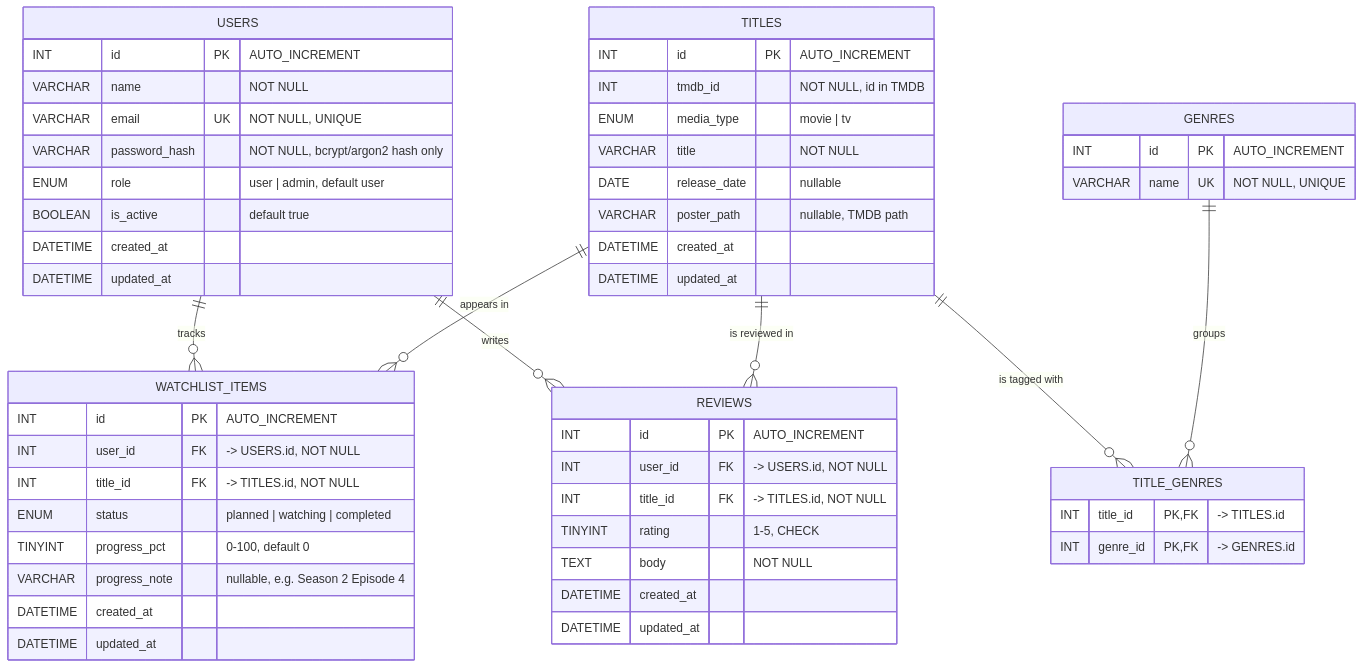
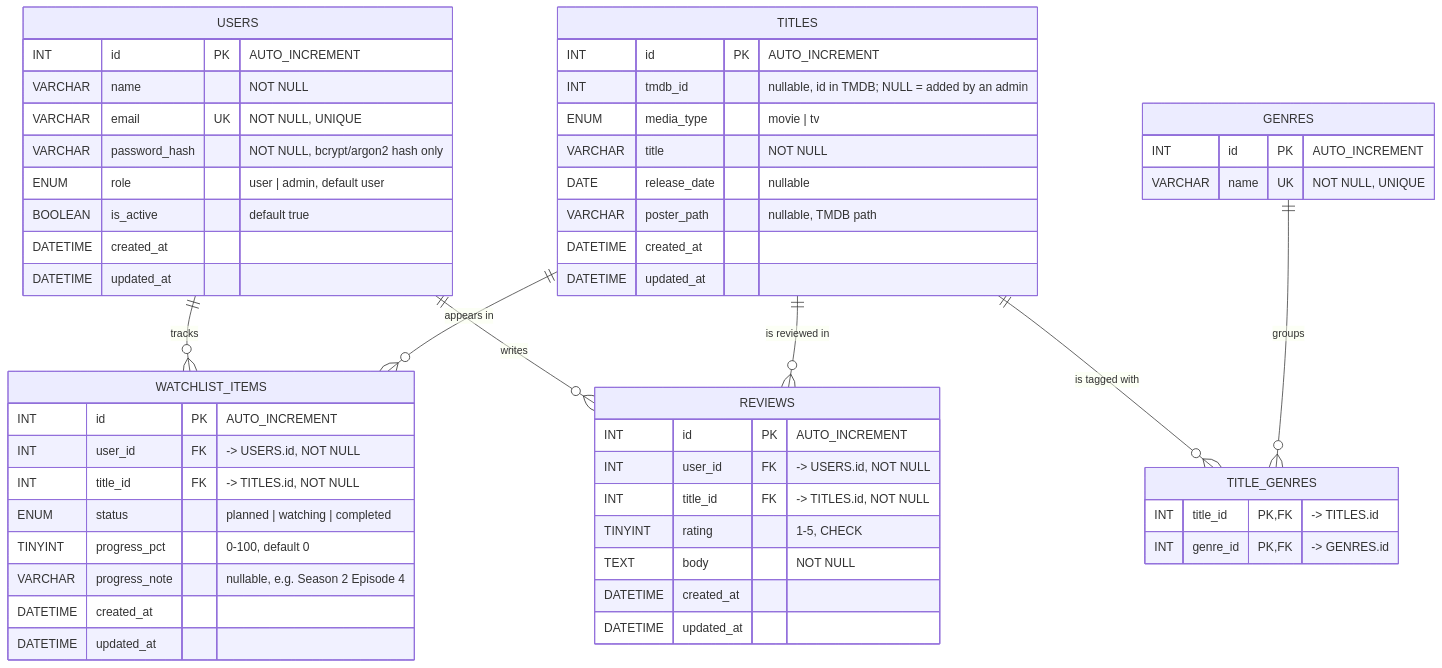
Before and after one commit to adnanhadzic1/CineTrack-Project-: the diagram in database/erd/erd.md, drawn with Mermaid. The commit also changed other lines of this file and 40 other files, not shown here.

````diff
--- a/database/erd/erd.md
+++ b/database/erd/erd.md
@@ -7,62 +7,62 @@
 ```mermaid
 erDiagram
     USERS ||--o{ WATCHLIST_ITEMS : "tracks"
     USERS ||--o{ REVIEWS : "writes"
     TITLES ||--o{ WATCHLIST_ITEMS : "appears in"
     TITLES ||--o{ REVIEWS : "is reviewed in"
     TITLES ||--o{ TITLE_GENRES : "is tagged with"
     GENRES ||--o{ TITLE_GENRES : "groups"
 
     USERS {
         INT id PK "AUTO_INCREMENT"
         VARCHAR name "NOT NULL"
         VARCHAR email UK "NOT NULL, UNIQUE"
         VARCHAR password_hash "NOT NULL, bcrypt/argon2 hash only"
         ENUM role "user | admin, default user"
         BOOLEAN is_active "default true"
         DATETIME created_at
         DATETIME updated_at
     }
 
     TITLES {
         INT id PK "AUTO_INCREMENT"
-        INT tmdb_id "NOT NULL, id in TMDB"
+        INT tmdb_id "nullable, id in TMDB; NULL = added by an admin"
         ENUM media_type "movie | tv"
         VARCHAR title "NOT NULL"
         DATE release_date "nullable"
         VARCHAR poster_path "nullable, TMDB path"
         DATETIME created_at
         DATETIME updated_at
     }
 
     GENRES {
         INT id PK "AUTO_INCREMENT"
         VARCHAR name UK "NOT NULL, UNIQUE"
     }
 
     TITLE_GENRES {
         INT title_id PK, FK "-> TITLES.id"
         INT genre_id PK, FK "-> GENRES.id"
     }
 
     WATCHLIST_ITEMS {
         INT id PK "AUTO_INCREMENT"
         INT user_id FK "-> USERS.id, NOT NULL"
         INT title_id FK "-> TITLES.id, NOT NULL"
         ENUM status "planned | watching | completed"
         TINYINT progress_pct "0-100, default 0"
         VARCHAR progress_note "nullable, e.g. Season 2 Episode 4"
         DATETIME created_at
         DATETIME updated_at
     }
 
     REVIEWS {
         INT id PK "AUTO_INCREMENT"
         INT user_id FK "-> USERS.id, NOT NULL"
         INT title_id FK "-> TITLES.id, NOT NULL"
         TINYINT rating "1-5, CHECK"
         TEXT body "NOT NULL"
         DATETIME created_at
         DATETIME updated_at
     }
 ```
````
